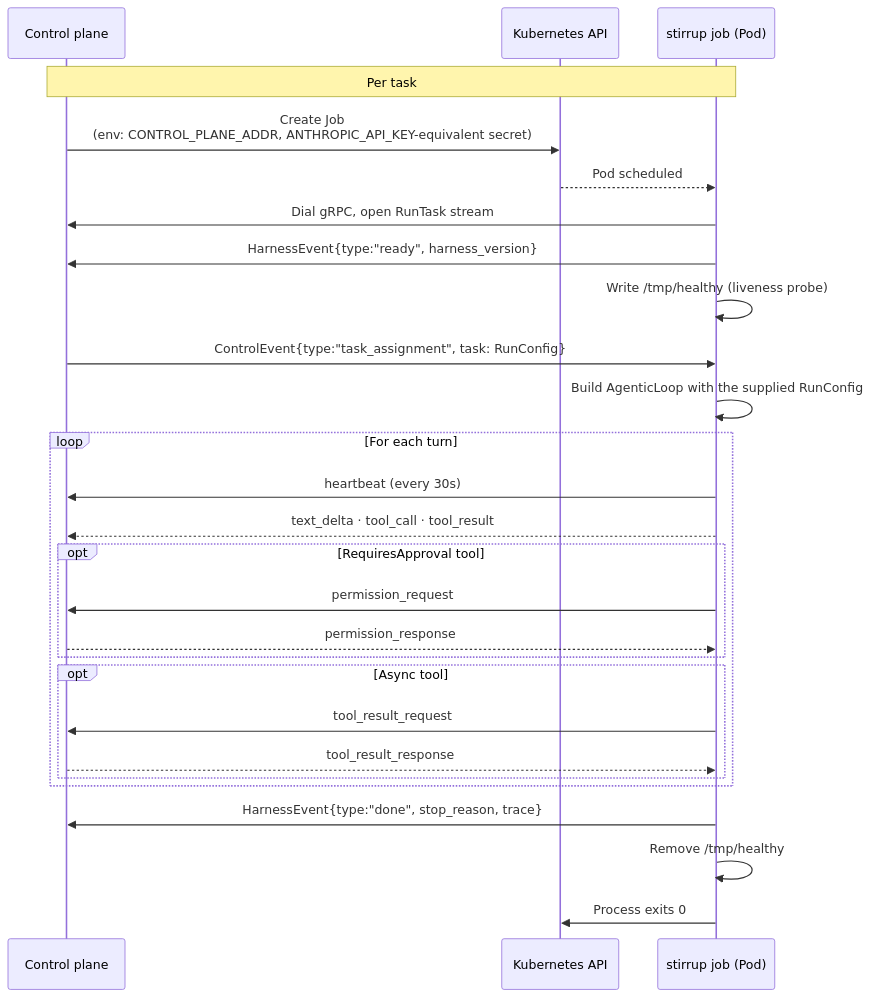
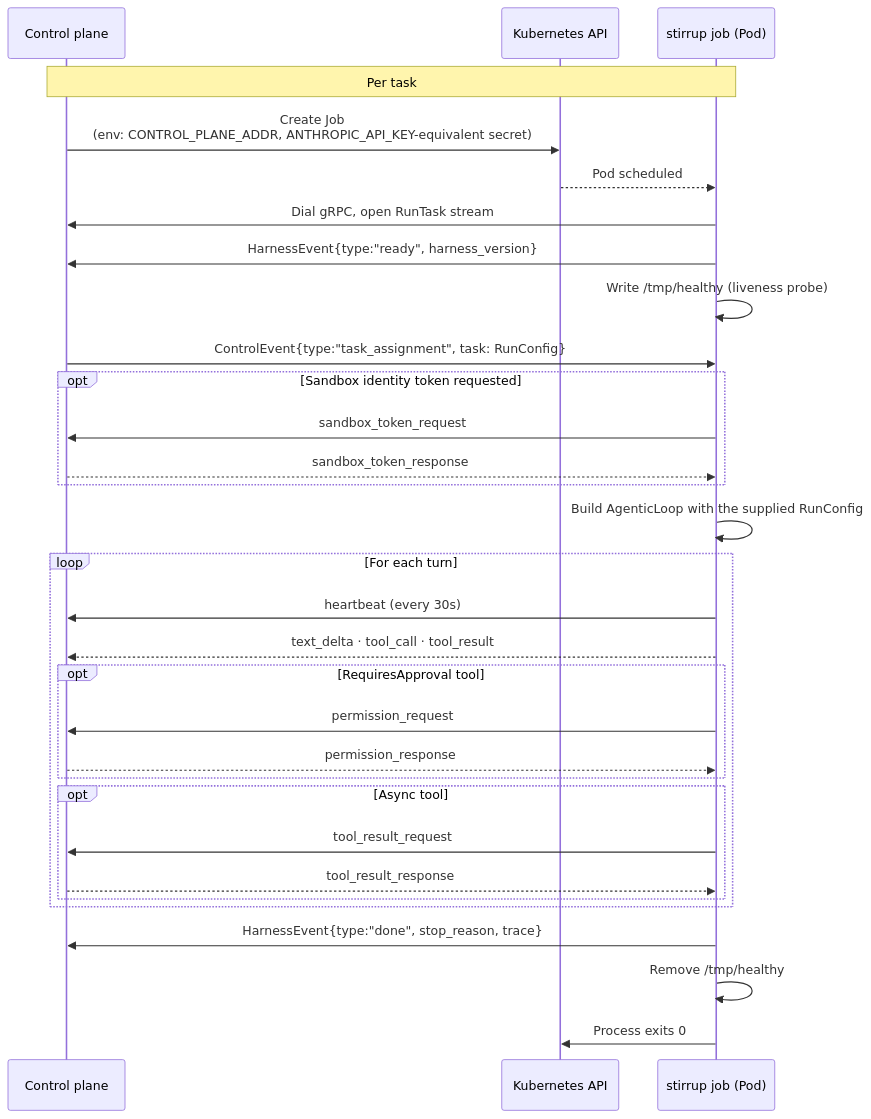
One commit to rxbynerd/stirrup changed the diagram in docs/deployment.md. Above: the diagram before and after it, drawn with Mermaid. The commit also changed other lines of this file, not shown here.

First line of the commit message:
docs: specify the sandbox identity token exchange for control planes

````diff
--- a/docs/deployment.md
+++ b/docs/deployment.md
@@ -11,29 +11,33 @@
 ```mermaid
 sequenceDiagram
     participant CP as Control plane
     participant K as Kubernetes API
     participant H as stirrup job (Pod)
     Note over CP,H: Per task
     CP->>K: Create Job<br/>(env: CONTROL_PLANE_ADDR, ANTHROPIC_API_KEY-equivalent secret)
     K-->>H: Pod scheduled
     H->>CP: Dial gRPC, open RunTask stream
     H->>CP: HarnessEvent{type:"ready", harness_version}
     H->>H: Write /tmp/healthy (liveness probe)
     CP->>H: ControlEvent{type:"task_assignment", task: RunConfig}
+    opt Sandbox identity token requested
+        H->>CP: sandbox_token_request
+        CP-->>H: sandbox_token_response
+    end
     H->>H: Build AgenticLoop with the supplied RunConfig
     loop For each turn
         H->>CP: heartbeat (every 30s)
         H-->>CP: text_delta · tool_call · tool_result
         opt RequiresApproval tool
             H->>CP: permission_request
             CP-->>H: permission_response
         end
         opt Async tool
             H->>CP: tool_result_request
             CP-->>H: tool_result_response
         end
     end
     H->>CP: HarnessEvent{type:"done", stop_reason, trace}
     H->>H: Remove /tmp/healthy
     H->>K: Process exits 0
 ```
````
